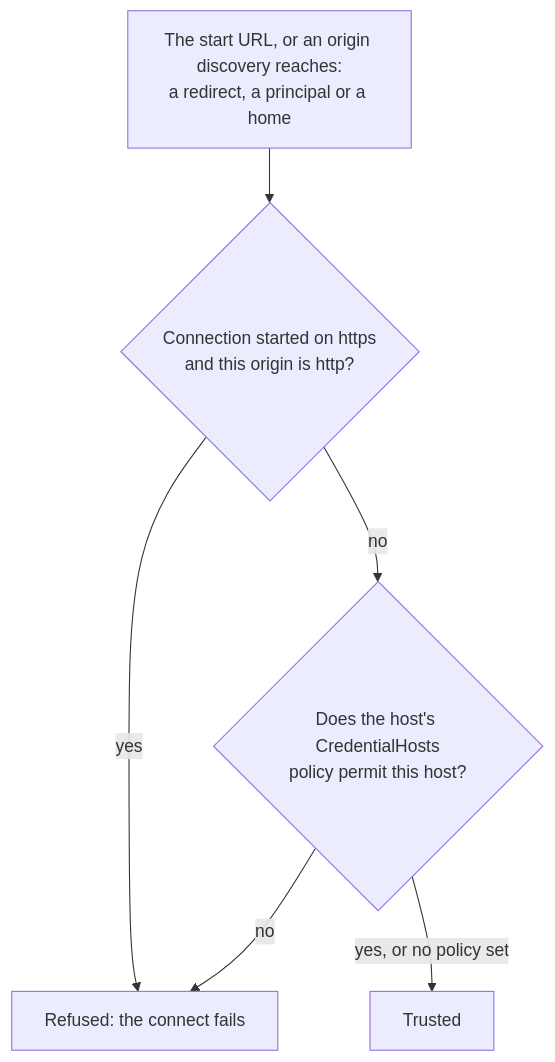
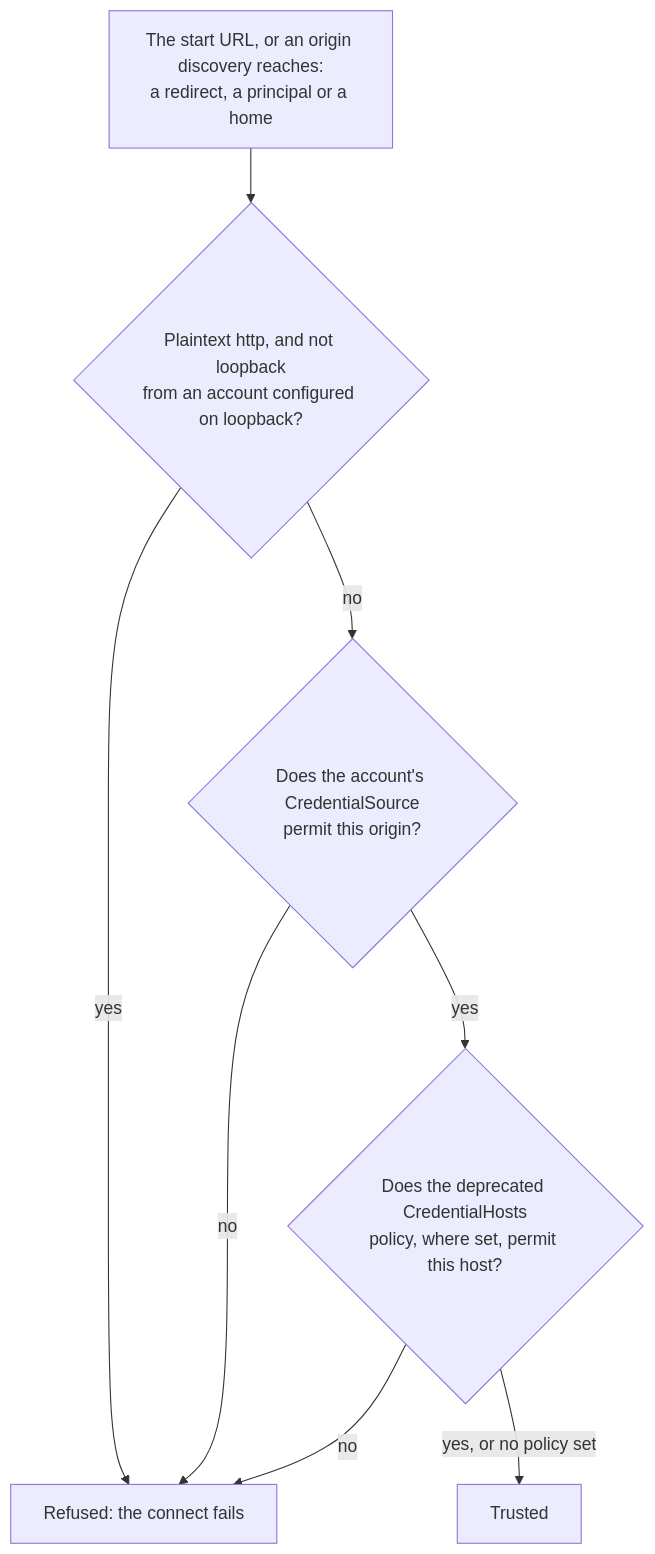
One commit to allodia-eu/email-calendar-sync-engine changed the fourth of 5 diagrams in crates/provider-caldav/README.md. Above: the diagram before and after it, drawn with Mermaid. The commit also changed other lines of this file and 39 other files, not shown here.

First line of the commit message:
Ask the credential source per request on CalDAV, CardDAV and Talk (#415)

````diff
--- a/crates/provider-caldav/README.md
+++ b/crates/provider-caldav/README.md
@@ -159,8 +159,10 @@
 ```mermaid
 flowchart TD
-    O[The start URL, or an origin discovery reaches:<br/>a redirect, a principal or a home] --> P{Connection started on https<br/>and this origin is http?}
+    O[The start URL, or an origin discovery reaches:<br/>a redirect, a principal or a home] --> P{Plaintext http, and not loopback<br/>from an account configured on loopback?}
     P -- yes --> F[Refused: the connect fails]
-    P -- no --> Q{Does the host's CredentialHosts<br/>policy permit this host?}
+    P -- no --> Q{Does the account's CredentialSource<br/>permit this origin?}
     Q -- no --> F
-    Q -- "yes, or no policy set" --> OK[Trusted]
+    Q -- yes --> H{Does the deprecated CredentialHosts<br/>policy, where set, permit this host?}
+    H -- no --> F
+    H -- "yes, or no policy set" --> OK[Trusted]
 ```
````
